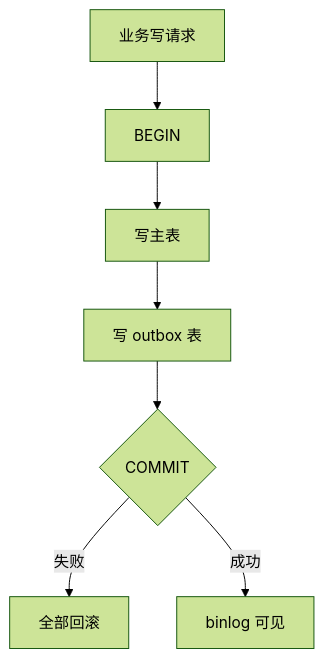
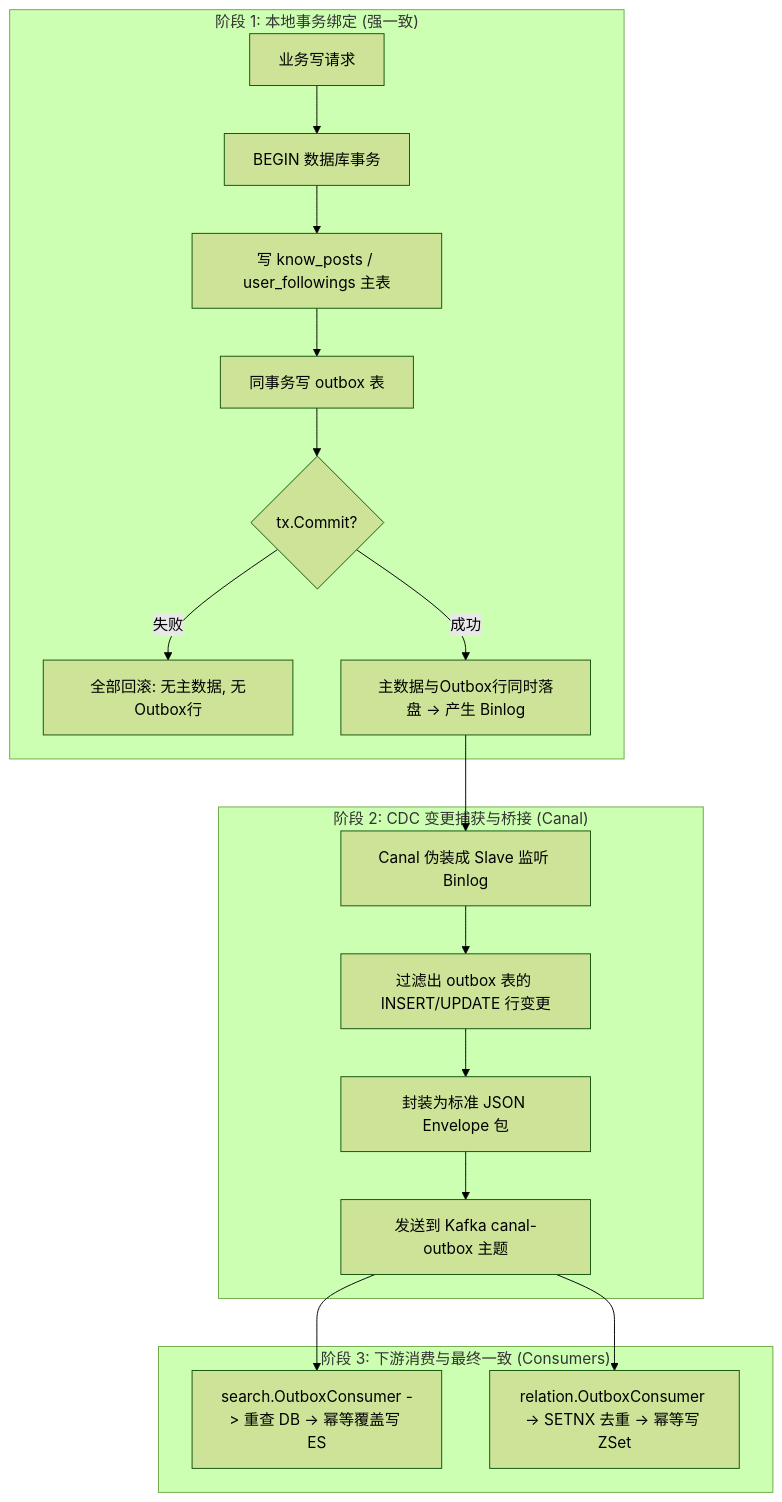
The first of 10 diagrams in docs/modules/08-事务消息-Canal-Kafka异步链路.md (bitladykiller/zhiguang_go), drawn with Mermaid (forest theme) before and after one commit. The commit also changed other lines of this file and 11 other files, not shown here.

Commit message:
docs: 架构文档增强与纵向流程图

````diff
--- a/docs/modules/08-事务消息-Canal-Kafka异步链路.md
+++ b/docs/modules/08-事务消息-Canal-Kafka异步链路.md
@@ -36,9 +55,23 @@
 ```mermaid
 flowchart TD
-    A[业务写请求] --> B[BEGIN]
-    B --> C[写主表]
-    C --> D[写 outbox 表]
-    D --> E{COMMIT}
-    E -->|失败| F[全部回滚]
-    E -->|成功| G[binlog 可见]
+    subgraph 阶段1_本地事务绑定["阶段 1: 本地事务绑定 (强一致)"]
+      A[业务写请求] --> B[BEGIN 数据库事务]
+      B --> C[写 know_posts / user_followings 主表]
+      C --> D[同事务写 outbox 表]
+      D --> E{tx.Commit?}
+      E -->|失败| F[全部回滚: 无主数据, 无Outbox行]
+      E -->|成功| G[主数据与Outbox行同时落盘 -> 产生 Binlog]
+    end
+
+    subgraph 阶段2_CDC变更捕获["阶段 2: CDC 变更捕获与桥接 (Canal)"]
+      G --> H[Canal 伪装成 Slave 监听 Binlog]
+      H --> I[过滤出 outbox 表的 INSERT/UPDATE 行变更]
+      I --> J[封装为标准 JSON Envelope 包]
+      J --> K[发送到 Kafka canal-outbox 主题]
+    end
+
+    subgraph 阶段3_下游消费投影["阶段 3: 下游消费与最终一致 (Consumers)"]
+      K --> L1[search.OutboxConsumer -> 重查 DB -> 幂等覆盖写 ES]
+      K --> L2[relation.OutboxConsumer -> SETNX 去重 -> 幂等写 ZSet]
+    end
 ```
````
